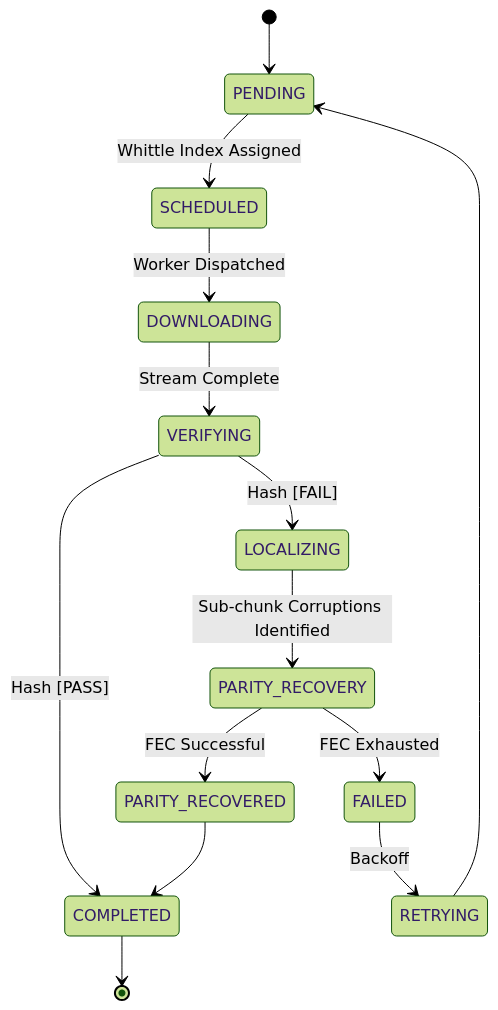
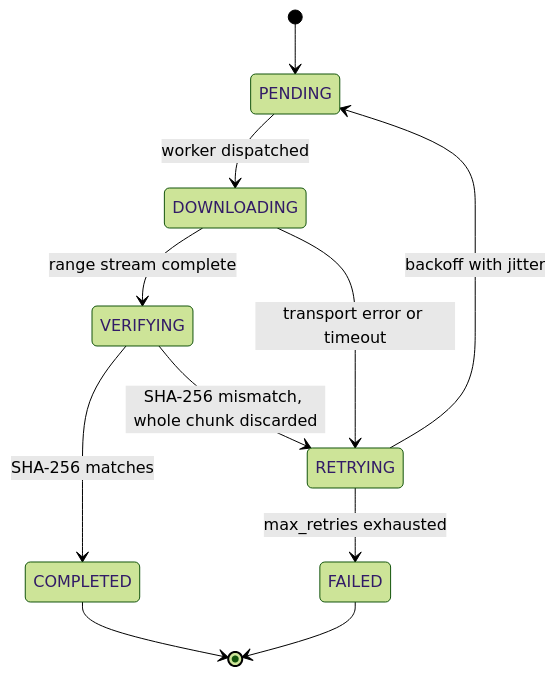
The third of 3 diagrams in docs/DATA_FLOW.md (PxA-Labs/ReliaDL), drawn with Mermaid (forest theme) before and after one commit. The commit also changed other lines of this file and 28 other files, not shown here.

````diff
--- a/docs/DATA_FLOW.md
+++ b/docs/DATA_FLOW.md
@@ -78,16 +78,13 @@
 ```mermaid
 stateDiagram-v2
     [*] --> PENDING
-    PENDING --> SCHEDULED : Whittle Index Assigned
-    SCHEDULED --> DOWNLOADING : Worker Dispatched
-    DOWNLOADING --> VERIFYING : Stream Complete
-    VERIFYING --> COMPLETED : Hash [PASS]
-    VERIFYING --> LOCALIZING : Hash [FAIL]
-    LOCALIZING --> PARITY_RECOVERY : Sub-chunk Corruptions Identified
-    PARITY_RECOVERY --> PARITY_RECOVERED : FEC Successful
-    PARITY_RECOVERED --> COMPLETED
-    PARITY_RECOVERY --> FAILED : FEC Exhausted
-    FAILED --> RETRYING : Backoff
-    RETRYING --> PENDING
+    PENDING --> DOWNLOADING : worker dispatched
+    DOWNLOADING --> VERIFYING : range stream complete
+    VERIFYING --> COMPLETED : SHA-256 matches
+    VERIFYING --> RETRYING : SHA-256 mismatch, whole chunk discarded
+    DOWNLOADING --> RETRYING : transport error or timeout
+    RETRYING --> PENDING : backoff with jitter
+    RETRYING --> FAILED : max_retries exhausted
     COMPLETED --> [*]
+    FAILED --> [*]
 ```
````
